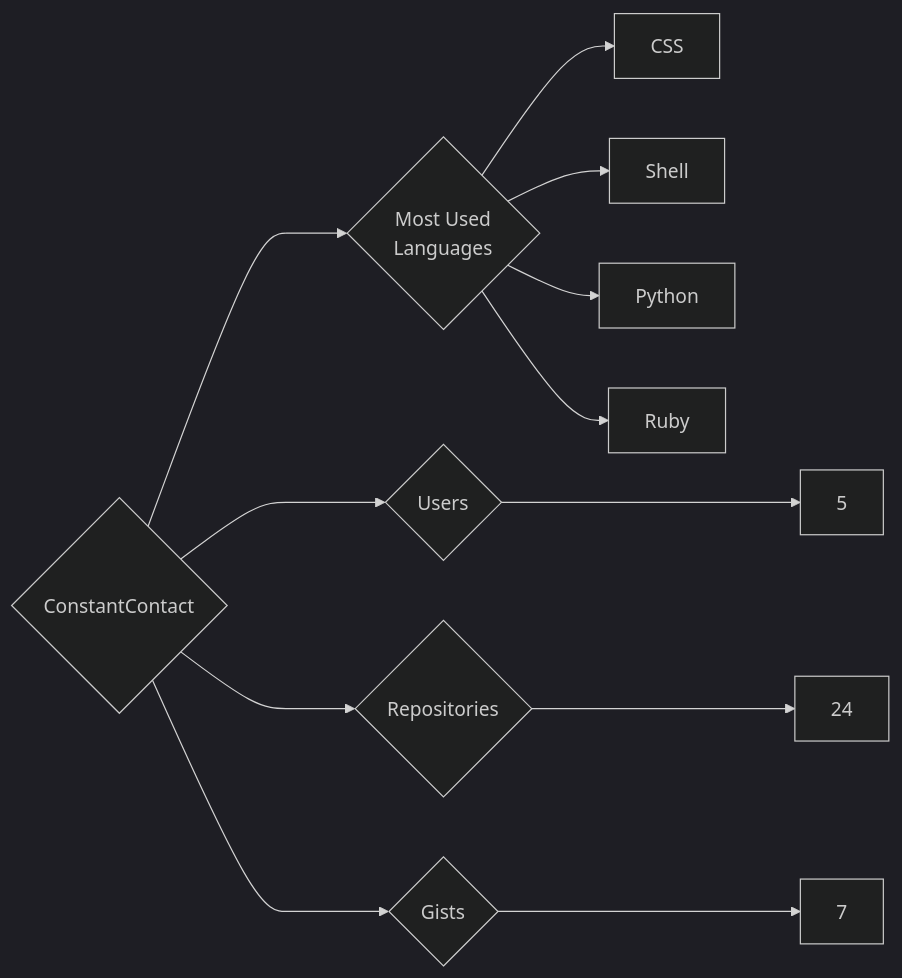
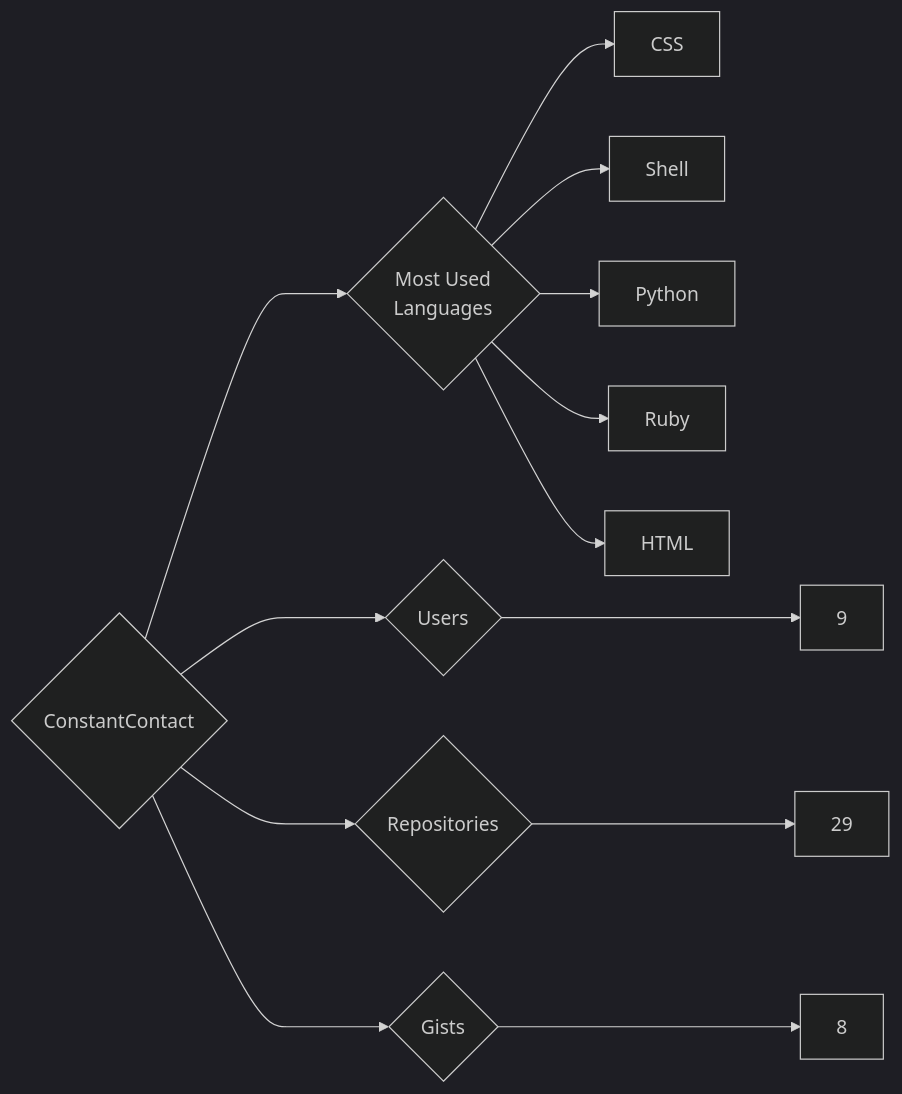
Before and after one commit to trickest/insiders: the diagram in targets/ConstantContact/README.md, drawn with Mermaid (dark theme). The commit also changed 1055 other files, not shown here.

````diff
--- a/targets/ConstantContact/README.md
+++ b/targets/ConstantContact/README.md
@@ -3,12 +3,13 @@
 ```mermaid
 graph LR
 COMPANY_NAME{ConstantContact}
-COMPANY_NAME ---> U{Users} ---> UN[5]
-COMPANY_NAME ---> R{Repositories} ---> RN[24]
-COMPANY_NAME ---> G{Gists} ---> GN[7]
+COMPANY_NAME ---> U{Users} ---> UN[9]
+COMPANY_NAME ---> R{Repositories} ---> RN[29]
+COMPANY_NAME ---> G{Gists} ---> GN[8]
 COMPANY_NAME ---> ML{Most Used<br>Languages}
 ML --> CSS[CSS]
 ML --> Shell[Shell]
 ML --> Python[Python]
 ML --> Ruby[Ruby]
+ML --> HTML[HTML]
 ```
````
